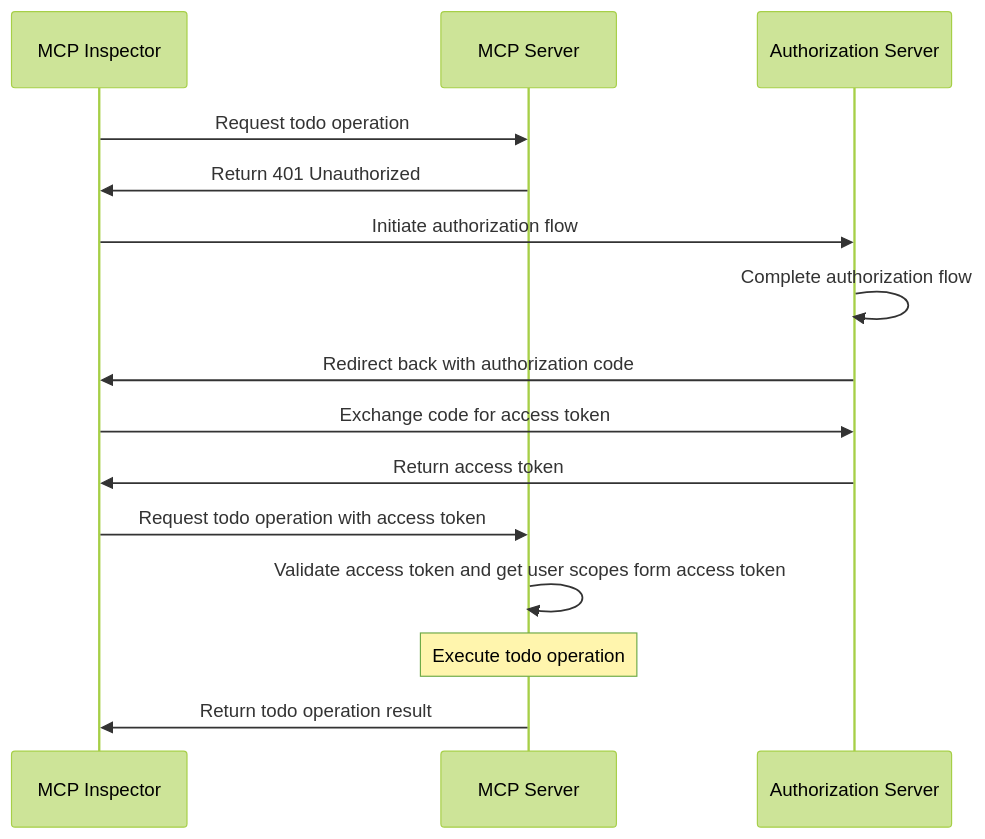
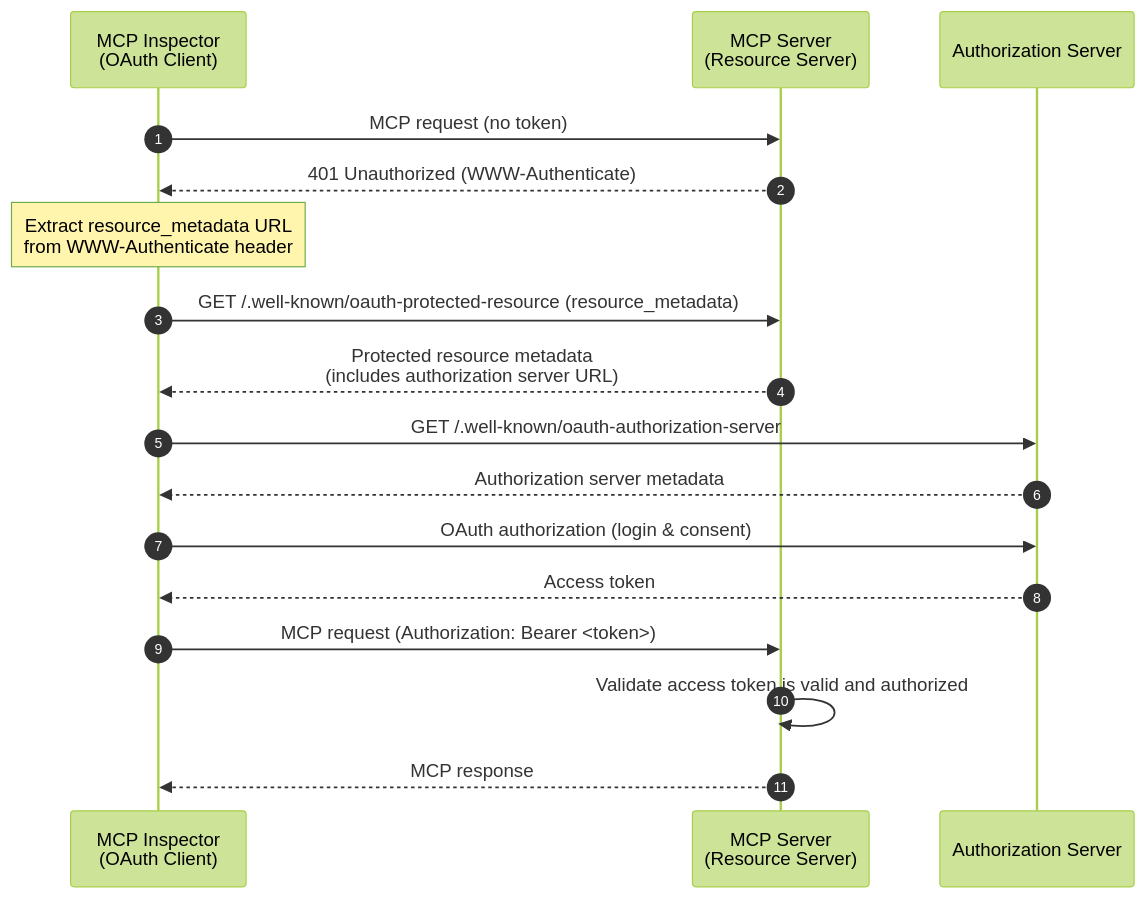
One commit to mcp-auth/docs changed the first of 2 diagrams in docs/tutorials/todo-manager/README.mdx. Above: the diagram before and after it, drawn with Mermaid (forest theme). The commit also changed other lines of this file and 5 other files, not shown here.

````diff
--- a/docs/tutorials/todo-manager/README.mdx
+++ b/docs/tutorials/todo-manager/README.mdx
@@ -31,18 +35,23 @@
 ```mermaid
 sequenceDiagram
-    participant Client as MCP Inspector
-    participant Server as MCP Server
-    participant Auth as Authorization Server
+  autonumber
+  participant Client as MCP Inspector<br/>(OAuth Client)
+  participant RS as MCP Server<br/>(Resource Server)
+  participant AS as Authorization Server
 
-    Client->>Server: Request todo operation
-    Server->>Client: Return 401 Unauthorized
-    Client->>Auth: Initiate authorization flow
-    Auth->>Auth: Complete authorization flow
-    Auth->>Client: Redirect back with authorization code
-    Client->>Auth: Exchange code for access token
-    Auth->>Client: Return access token
-    Client->>Server: Request todo operation with access token
-    Server->>Server: Validate access token and get user scopes form access token
-    Note over Server: Execute todo operation
-    Server->>Client: Return todo operation result
+  Client->>RS: MCP request (no token)
+  RS-->>Client: 401 Unauthorized (WWW-Authenticate)
+  Note over Client: Extract resource_metadata URL<br/>from WWW-Authenticate header
+
+  Client->>RS: GET /.well-known/oauth-protected-resource (resource_metadata)
+  RS-->>Client: Protected resource metadata<br/>(includes authorization server URL)
+
+  Client->>AS: GET /.well-known/oauth-authorization-server
+  AS-->>Client: Authorization server metadata
+  Client->>AS: OAuth authorization (login & consent)
+  AS-->>Client: Access token
+
+  Client->>RS: MCP request (Authorization: Bearer <token>)
+  RS->>RS: Validate access token is valid and authorized
+  RS-->>Client: MCP response
 ```
````
